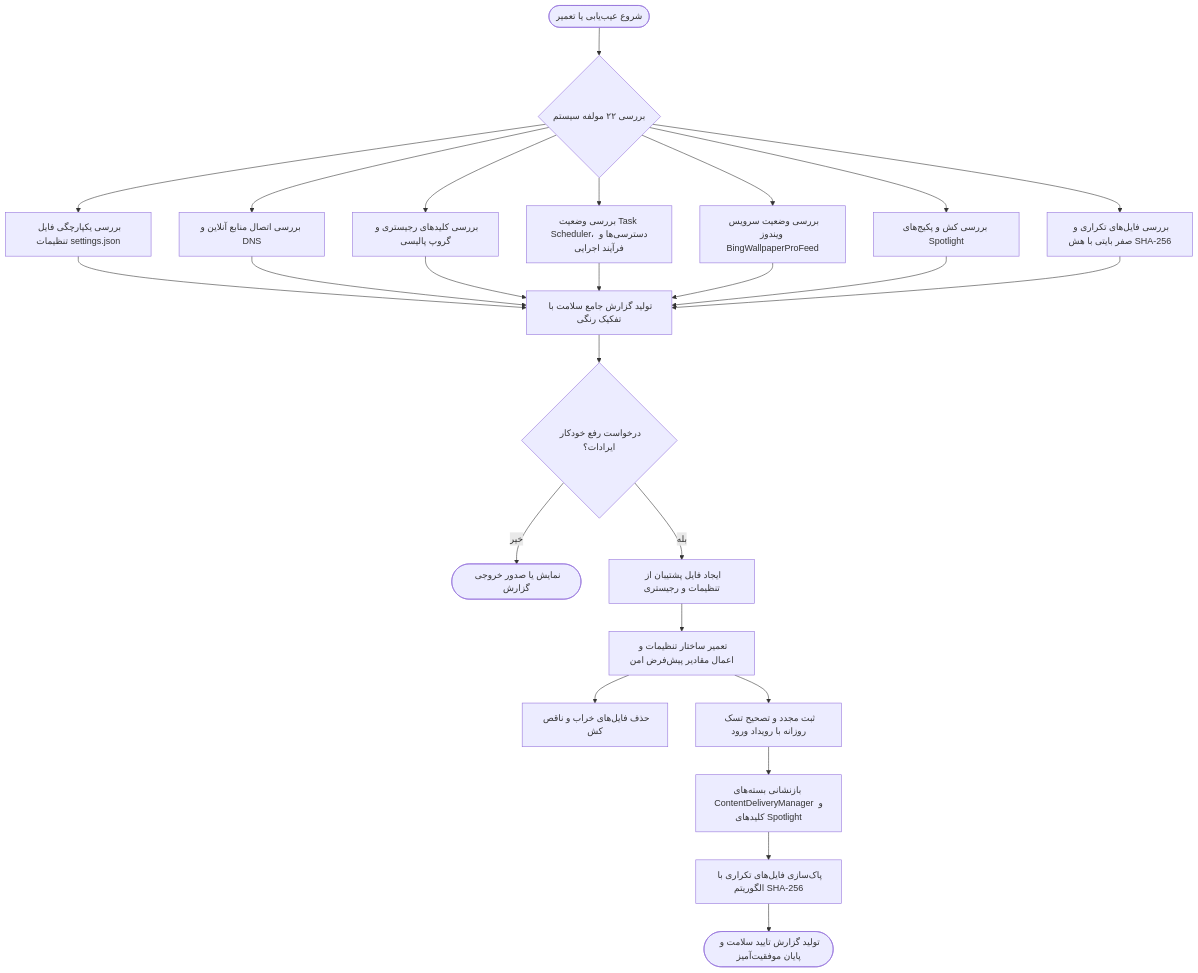
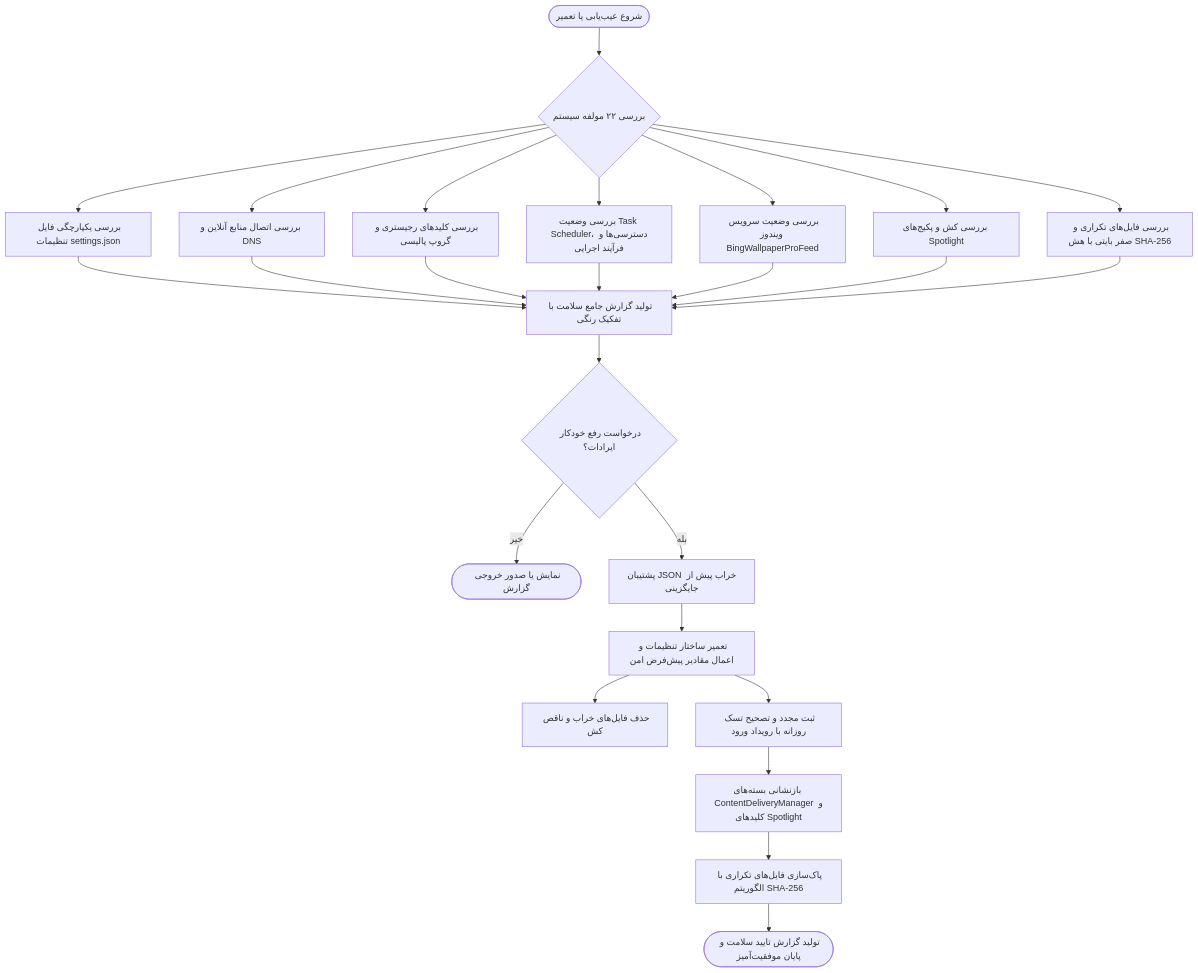
One commit to taimazus/SetWinWallpaper changed the fifth of 5 diagrams in docs/ARCHITECTURE.md. Above: the diagram before and after it, drawn with Mermaid. The commit also changed other lines of this file and 43 other files, not shown here.

````diff
--- a/docs/ARCHITECTURE.md
+++ b/docs/ARCHITECTURE.md
@@ -168,25 +168,25 @@
 ```mermaid
 flowchart TD
     Start([شروع عیب‌یابی یا تعمیر]) --> CheckSys{بررسی ۲۲ مولفه سیستم}
     
     CheckSys --> Test1[بررسی یکپارچگی فایل تنظیمات settings.json]
     CheckSys --> Test2[بررسی اتصال منابع آنلاین و DNS]
     CheckSys --> Test3[بررسی کلیدهای رجیستری و گروپ پالیسی]
     CheckSys --> Test4[بررسی وضعیت Task Scheduler، دسترسی‌ها و فرآیند اجرایی]
     CheckSys --> Test5[بررسی وضعیت سرویس ویندوز BingWallpaperProFeed]
     CheckSys --> Test6[بررسی کش و پکیج‌های Spotlight]
     CheckSys --> Test7[بررسی فایل‌های تکراری و صفر بایتی با هش SHA-256]
 
     Test1 & Test2 & Test3 & Test4 & Test5 & Test6 & Test7 --> GenReport[تولید گزارش جامع سلامت با تفکیک رنگی]
 
     GenReport --> AutoRepair{درخواست رفع خودکار ایرادات؟}
     AutoRepair -- خیر --> EndReport([نمایش یا صدور خروجی گزارش])
     
-    AutoRepair -- بله --> Backup[ایجاد فایل پشتیبان از تنظیمات و رجیستری]
+    AutoRepair -- بله --> Backup[پشتیبان JSON خراب پیش از جایگزینی]
     Backup --> FixSettings[تعمیر ساختار تنظیمات و اعمال مقادیر پیش‌فرض امن]
     FixSettings --> PurgeCache[حذف فایل‌های خراب و ناقص کش]
     FixSettings --> FixSched[ثبت مجدد و تصحیح تسک روزانه با رویداد ورود]
     FixSched --> FixSpotlight[بازنشانی بسته‌های ContentDeliveryManager و کلیدهای Spotlight]
     FixSpotlight --> DedupPurge[پاک‌سازی فایل‌های تکراری با الگوریتم SHA-256]
     DedupPurge --> FinalReport([تولید گزارش تایید سلامت و پایان موفقیت‌آمیز])
 ```
````
